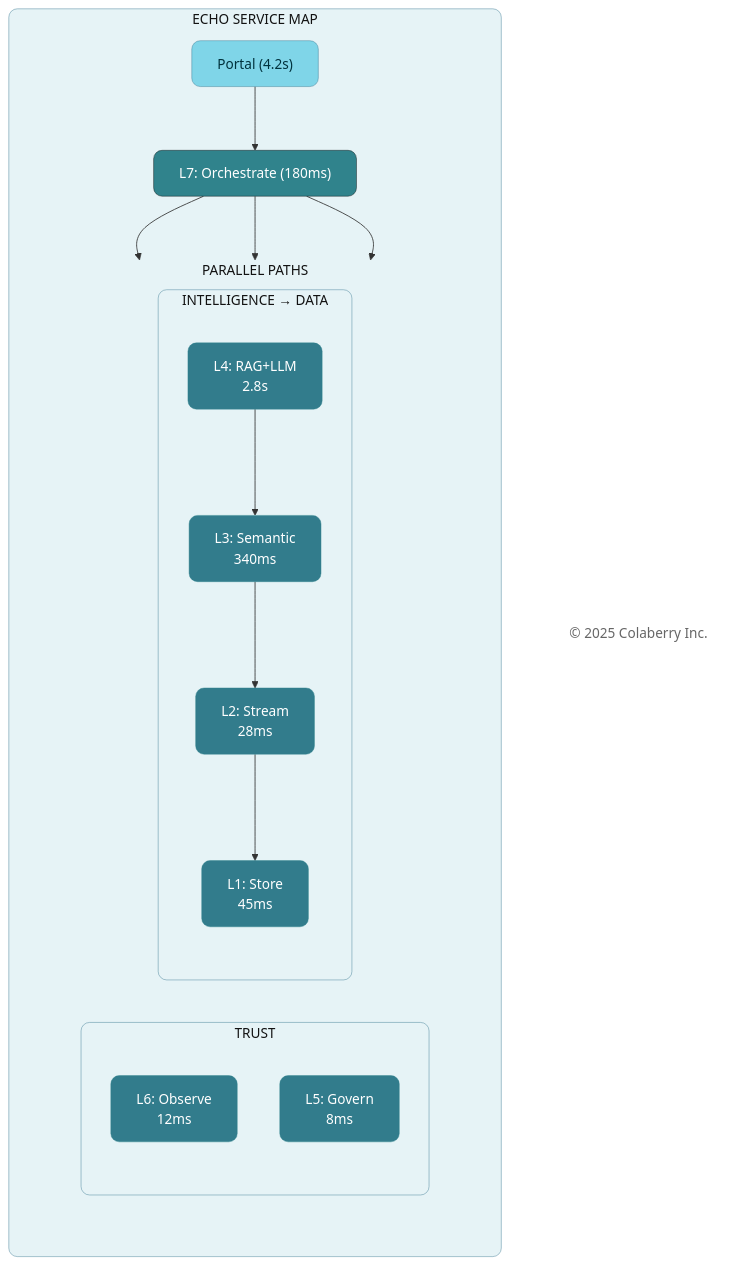
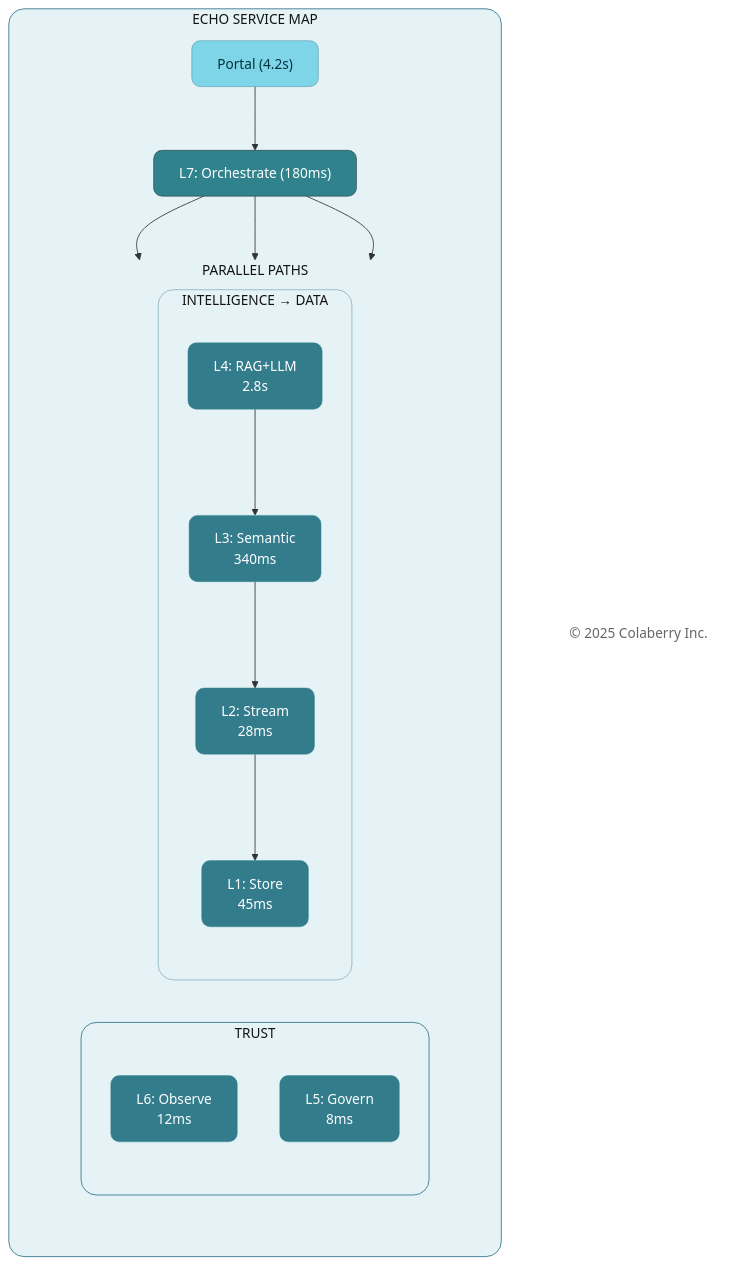
The eighth of 14 diagrams in manuscript/07_chapter_6_transparency_orchestration_layers.md (saitejesh-cyber/trust-before-intelligence-book), drawn with Mermaid before and after one commit. The commit also changed other lines of this file and 12 other files, not shown here.

````diff
--- a/manuscript/07_chapter_6_transparency_orchestration_layers.md
+++ b/manuscript/07_chapter_6_transparency_orchestration_layers.md
@@ -680,49 +684,49 @@
 ```mermaid
 
 graph TB
     subgraph ECHO["ECHO SERVICE MAP"]
         direction TB
         UI["Portal (4.2s)"]
         L7["L7: Orchestrate (180ms)"]
         
         subgraph PARALLEL["PARALLEL PATHS"]
             direction LR
             subgraph TRUST["TRUST"]
                 direction TB
                 L6["L6: Observe<br/>12ms"]
                 L5["L5: Govern<br/>8ms"]
             end
             
             subgraph INTEL["INTELLIGENCE → DATA"]
                 direction TB
                 L4["L4: RAG+LLM<br/>2.8s"]
                 L3["L3: Semantic<br/>340ms"]
                 L2["L2: Stream<br/>28ms"]
                 L1["L1: Store<br/>45ms"]
                 L4 --> L3 --> L2 --> L1
             end
         end
     end
     
     Copyright["© 2025 Colaberry Inc."]
     
     UI --> L7
     L7 --> L6
     L7 --> L5
     L7 --> L4
     
-    style ECHO fill:#E6F3F6,stroke:#32738C,stroke-width:0.5px,color:#121212,rx:10,ry:10
+    style ECHO fill:#E6F3F6,stroke:#32738C,stroke-width:1px,color:#121212,rx:18,ry:18
     style PARALLEL fill:none,stroke:none,color:#121212,rx:10,ry:10
-    style TRUST fill:#E6F3F6,stroke:#32738C,stroke-width:0.5px,color:#121212,rx:10,ry:10
-    style INTEL fill:#E6F3F6,stroke:#32738C,stroke-width:0.5px,color:#121212,rx:10,ry:10
+    style TRUST fill:#E6F3F6,stroke:#32738C,stroke-width:1px,color:#121212,rx:18,ry:18
+    style INTEL fill:#E6F3F6,stroke:#32738C,stroke-width:0.5px,color:#121212,rx:18,ry:18
     style UI fill:#7FD5E8,stroke:#32738C,stroke-width:0.5px,color:#00323D,rx:10,ry:10
     style L7 fill:#30838C,color:#ffffff,stroke:#0D0D0D,stroke-width:0.5px,rx:10,ry:10
     style L6 fill:#327C8C,stroke:#30838C,stroke-width:0.5px,color:#ffffff,rx:10,ry:10
     style L5 fill:#327C8C,stroke:#30838C,stroke-width:0.5px,color:#ffffff,rx:10,ry:10
     style L4 fill:#327C8C,stroke:#30838C,stroke-width:0.5px,color:#ffffff,rx:10,ry:10
     style L3 fill:#327C8C,stroke:#30838C,stroke-width:0.5px,color:#ffffff,rx:10,ry:10
     style L2 fill:#327C8C,stroke:#30838C,stroke-width:0.5px,color:#ffffff,rx:10,ry:10
     style L1 fill:#327C8C,stroke:#30838C,stroke-width:0.5px,color:#ffffff,rx:10,ry:10
     style Copyright fill:none,stroke:none,color:#666666
 
 ```
````
